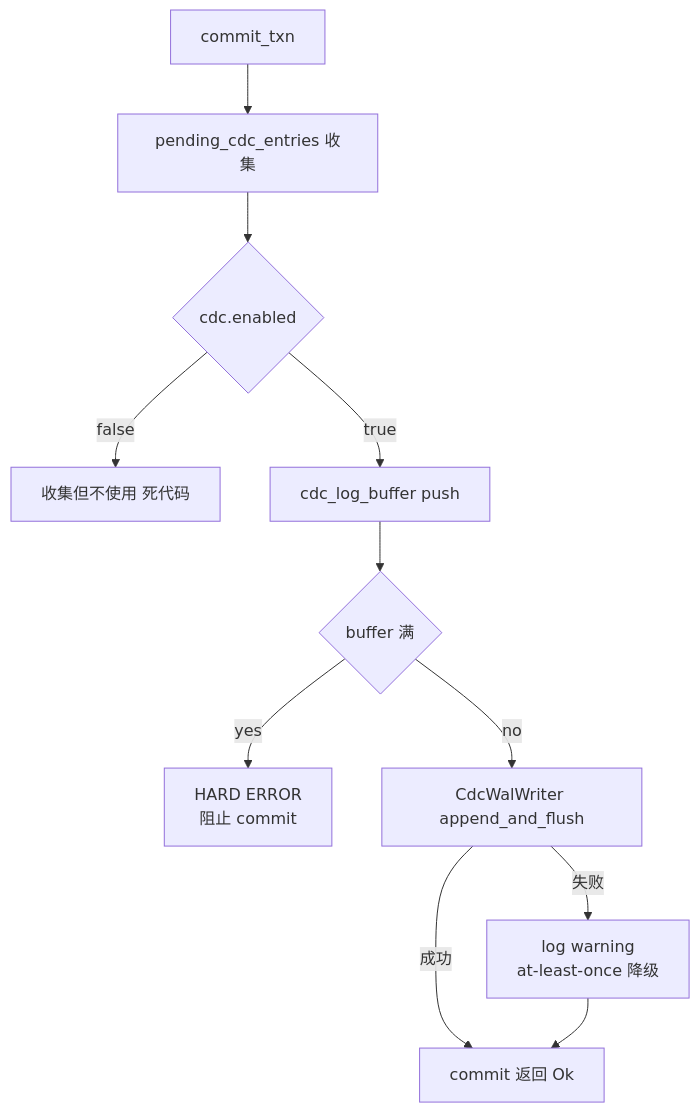
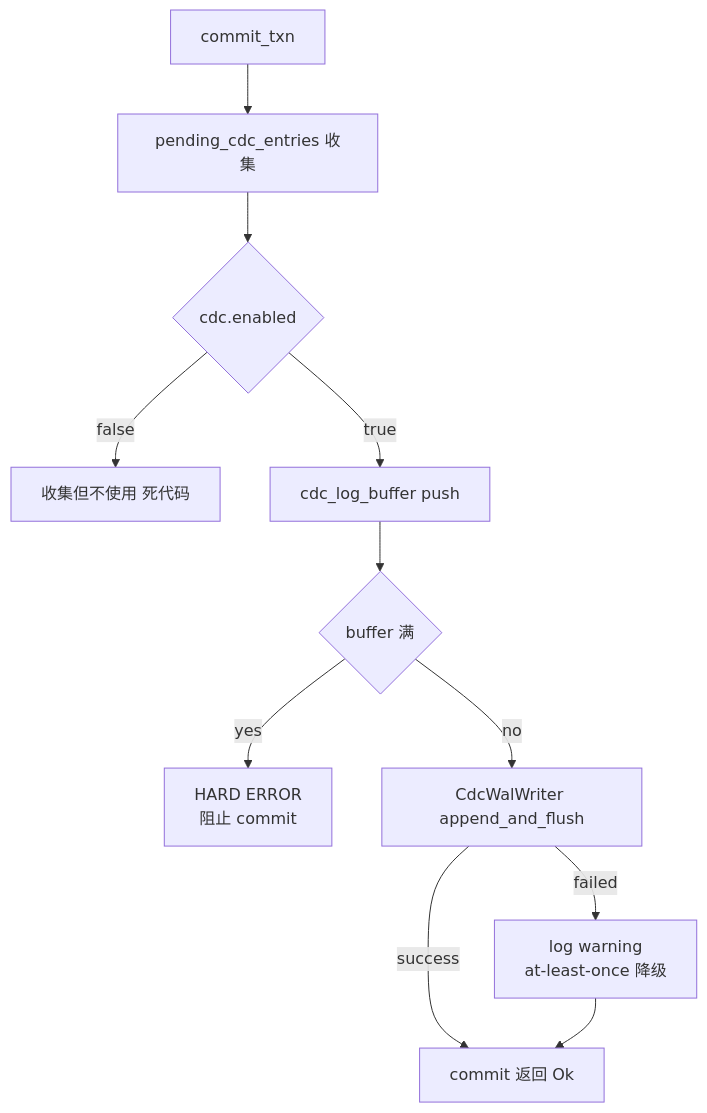
Before and after one commit to qianzii2/rockduck: diagram 33 of 38 in README.md, drawn with Mermaid. The commit also changed other lines of this file, not shown here.

````diff
--- a/README.md
+++ b/README.md
@@ -801,21 +802,22 @@
 ```mermaid
 flowchart TB
     START["commit_txn"]
     P["pending_cdc_entries 收集"]
     E{"cdc.enabled"}
     SKIP["收集但不使用 死代码"]
     PUSH["cdc_log_buffer push"]
     FULL{"buffer 满"}
     ERR["HARD ERROR<br/>阻止 commit"]
     CWAL["CdcWalWriter append_and_flush"]
     DONE["commit 返回 Ok"]
     WARN["log warning<br/>at-least-once 降级"]
     START --> P --> E
     E -->|false| SKIP
-    E -->|true| PUSH --> FULL
+    E -->|true| PUSH
+    PUSH --> FULL
     FULL -->|yes| ERR
     FULL -->|no| CWAL
-    CWAL -->|"成功"| DONE
-    CWAL -->|"失败"| WARN
+    CWAL -->|"success"| DONE
+    CWAL -->|"failed"| WARN
     WARN --> DONE
 ```
````
